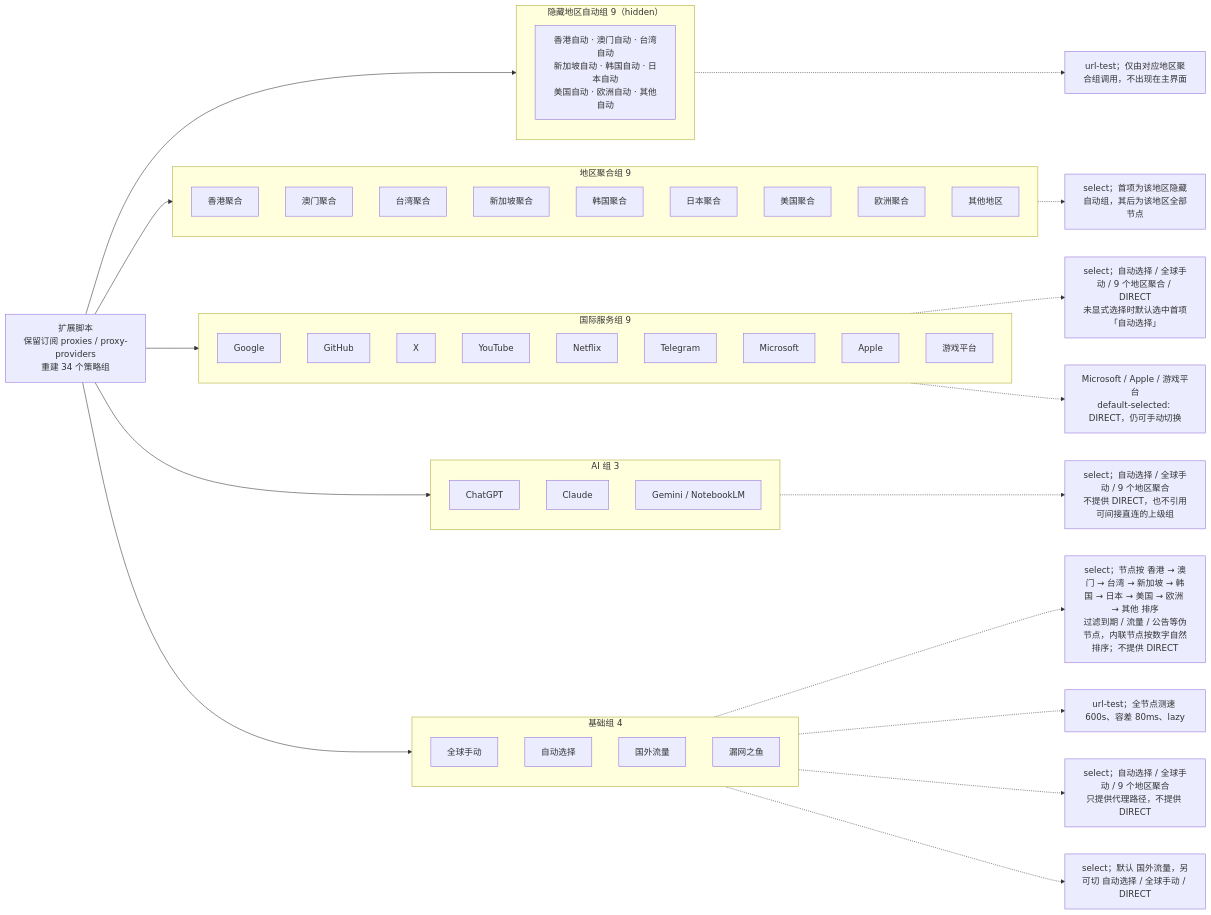
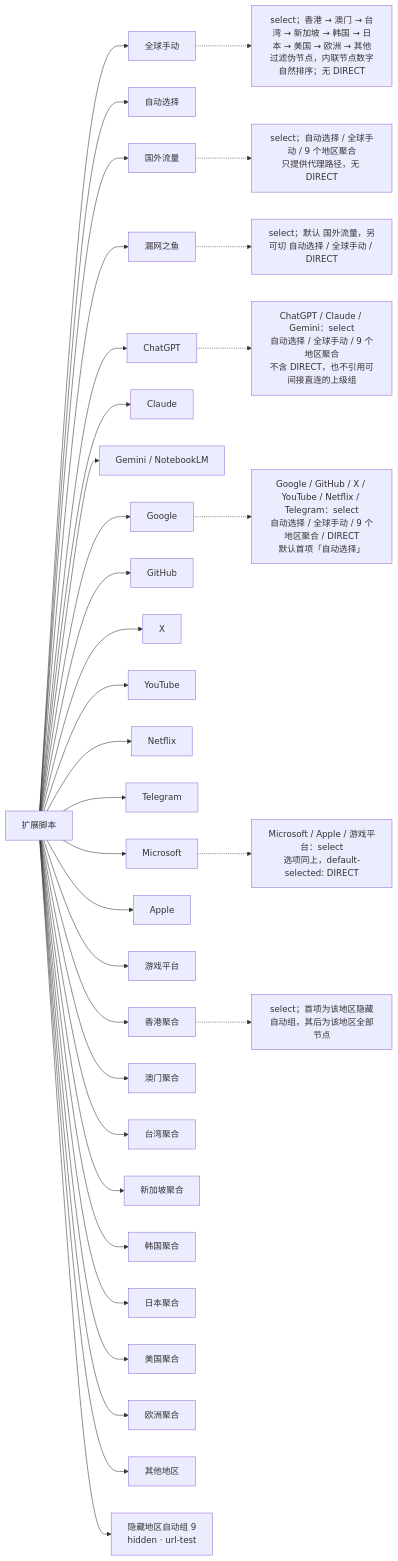
One commit to skullvek/Mihomo-RouteKit changed the second of 2 diagrams in README.md. Above: the diagram before and after it, drawn with Mermaid. The commit also changed other lines of this file, not shown here.

Commit message:
docs: reorder proxy-group diagram to match main panel order

````diff
--- a/README.md
+++ b/README.md
@@ -207,66 +207,43 @@
 ```mermaid
 flowchart LR
-  S["扩展脚本<br/>保留订阅 proxies / proxy-providers<br/>重建 34 个策略组"]
+  S["扩展脚本"]
 
-  subgraph BASE["基础组 4"]
-    direction TB
-    G1["全球手动"]
-    G2["自动选择"]
-    G3["国外流量"]
-    G4["漏网之鱼"]
-  end
+  S --> G1["全球手动"]
+  S --> G2["自动选择"]
+  S --> G3["国外流量"]
+  S --> G4["漏网之鱼"]
 
-  subgraph AIG["AI 组 3"]
-    direction TB
-    A1["ChatGPT"]
-    A2["Claude"]
-    A3["Gemini / NotebookLM"]
-  end
+  S --> A1["ChatGPT"]
+  S --> A2["Claude"]
+  S --> A3["Gemini / NotebookLM"]
 
-  subgraph SVC["国际服务组 9"]
-    direction TB
-    P1["Google"]
-    P2["GitHub"]
-    P3["X"]
-    P4["YouTube"]
-    P5["Netflix"]
-    P6["Telegram"]
-    P7["Microsoft"]
-    P8["Apple"]
-    P9["游戏平台"]
-  end
+  S --> P1["Google"]
+  S --> P2["GitHub"]
+  S --> P3["X"]
+  S --> P4["YouTube"]
+  S --> P5["Netflix"]
+  S --> P6["Telegram"]
+  S --> P7["Microsoft"]
+  S --> P8["Apple"]
+  S --> P9["游戏平台"]
 
-  subgraph REG["地区聚合组 9"]
-    direction TB
-    R1["香港聚合"]
-    R2["澳门聚合"]
-    R3["台湾聚合"]
-    R4["新加坡聚合"]
-    R5["韩国聚合"]
-    R6["日本聚合"]
-    R7["美国聚合"]
-    R8["欧洲聚合"]
-    R9["其他地区"]
-  end
+  S --> R1["香港聚合"]
+  S --> R2["澳门聚合"]
+  S --> R3["台湾聚合"]
+  S --> R4["新加坡聚合"]
+  S --> R5["韩国聚合"]
+  S --> R6["日本聚合"]
+  S --> R7["美国聚合"]
+  S --> R8["欧洲聚合"]
+  S --> R9["其他地区"]
 
-  subgraph HID["隐藏地区自动组 9（hidden）"]
-    direction TB
-    H1["香港自动 · 澳门自动 · 台湾自动<br/>新加坡自动 · 韩国自动 · 日本自动<br/>美国自动 · 欧洲自动 · 其他自动"]
-  end
+  S --> H1["隐藏地区自动组 9<br/>hidden · url-test"]
 
-  S --> BASE
-  S --> AIG
-  S --> SVC
-  S --> REG
-  S --> HID
-
-  G1 -.-> N1["select；节点按 香港 → 澳门 → 台湾 → 新加坡 → 韩国 → 日本 → 美国 → 欧洲 → 其他 排序<br/>过滤到期 / 流量 / 公告等伪节点，内联节点按数字自然排序；不提供 DIRECT"]
-  G2 -.-> N2["url-test；全节点测速 600s、容差 80ms、lazy"]
-  G3 -.-> N3["select；自动选择 / 全球手动 / 9 个地区聚合<br/>只提供代理路径，不提供 DIRECT"]
-  G4 -.-> N4["select；默认 国外流量，另可切 自动选择 / 全球手动 / DIRECT"]
-  A1 -.-> N5["select；自动选择 / 全球手动 / 9 个地区聚合<br/>不提供 DIRECT，也不引用可间接直连的上级组"]
-  P1 -.-> N6["select；自动选择 / 全球手动 / 9 个地区聚合 / DIRECT<br/>未显式选择时默认选中首项「自动选择」"]
-  P9 -.-> N7["Microsoft / Apple / 游戏平台<br/>default-selected: DIRECT，仍可手动切换"]
-  R1 -.-> N8["select；首项为该地区隐藏自动组，其后为该地区全部节点"]
-  H1 -.-> N9["url-test；仅由对应地区聚合组调用，不出现在主界面"]
+  G1 -.-> N1["select；香港 → 澳门 → 台湾 → 新加坡 → 韩国 → 日本 → 美国 → 欧洲 → 其他<br/>过滤伪节点，内联节点数字自然排序；无 DIRECT"]
+  G3 -.-> N2["select；自动选择 / 全球手动 / 9 个地区聚合<br/>只提供代理路径，无 DIRECT"]
+  G4 -.-> N3["select；默认 国外流量，另可切 自动选择 / 全球手动 / DIRECT"]
+  A1 -.-> N4["ChatGPT / Claude / Gemini：select<br/>自动选择 / 全球手动 / 9 个地区聚合<br/>不含 DIRECT，也不引用可间接直连的上级组"]
+  P1 -.-> N5["Google / GitHub / X / YouTube / Netflix / Telegram：select<br/>自动选择 / 全球手动 / 9 个地区聚合 / DIRECT<br/>默认首项「自动选择」"]
+  P7 -.-> N6["Microsoft / Apple / 游戏平台：select<br/>选项同上，default-selected: DIRECT"]
+  R1 -.-> N7["select；首项为该地区隐藏自动组，其后为该地区全部节点"]
 ```
````
